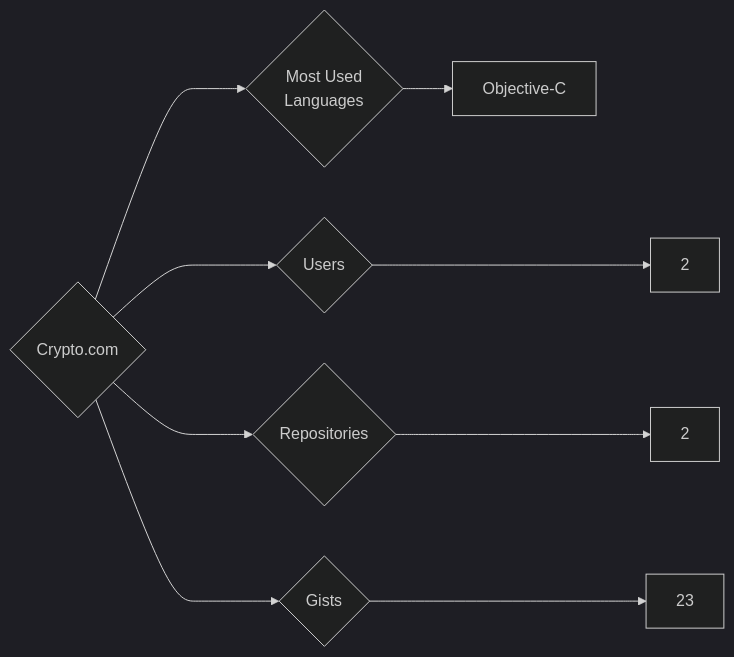
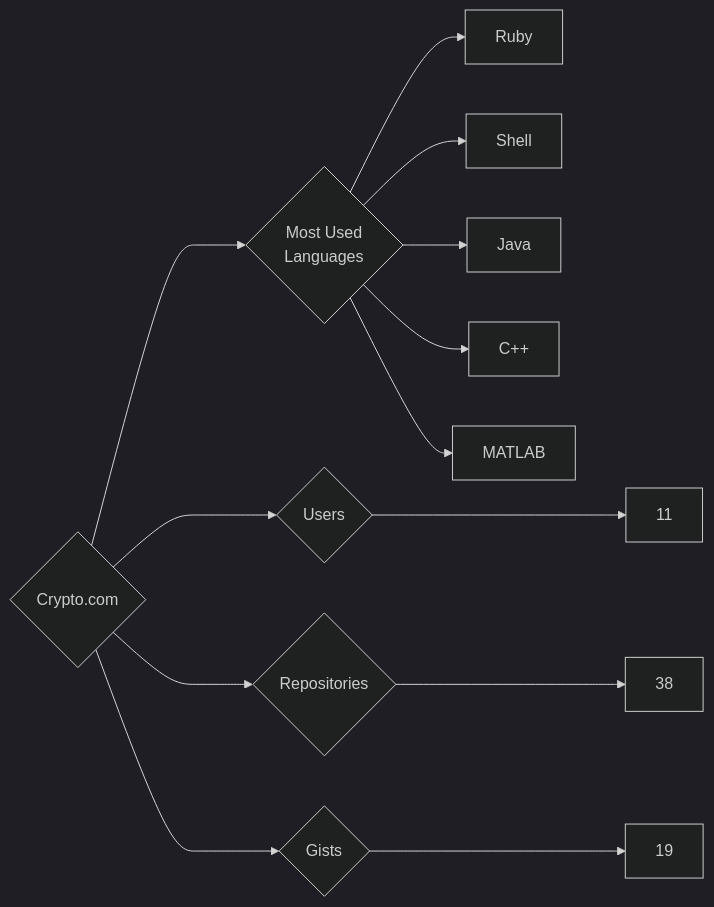
The diagram in targets/Crypto.com/README.md (trickest/insiders), drawn with Mermaid (dark theme) before and after one commit. The commit also changed 1238 other files, not shown here.

````diff
--- a/targets/Crypto.com/README.md
+++ b/targets/Crypto.com/README.md
@@ -3,9 +3,13 @@
 ```mermaid
 graph LR
 COMPANY_NAME{Crypto.com}
-COMPANY_NAME ---> U{Users} ---> UN[2]
-COMPANY_NAME ---> R{Repositories} ---> RN[2]
-COMPANY_NAME ---> G{Gists} ---> GN[23]
+COMPANY_NAME ---> U{Users} ---> UN[11]
+COMPANY_NAME ---> R{Repositories} ---> RN[38]
+COMPANY_NAME ---> G{Gists} ---> GN[19]
 COMPANY_NAME ---> ML{Most Used<br>Languages}
-ML --> Objective-C[Objective-C]
+ML --> Ruby[Ruby]
+ML --> Shell[Shell]
+ML --> Java[Java]
+ML --> C++[C++]
+ML --> MATLAB[MATLAB]
 ```
````
